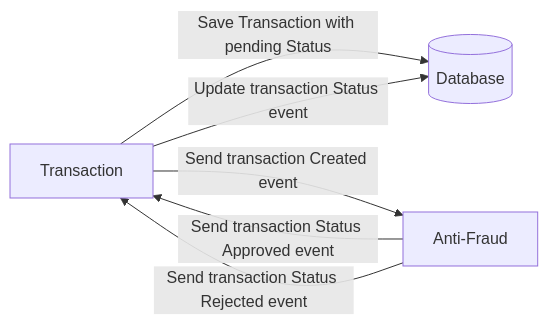
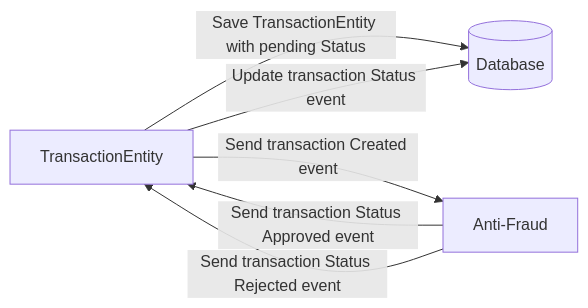
One commit to yaperos/app-nodejs-codechallenge changed the diagram in README.md. Above: the diagram before and after it, drawn with Mermaid. The commit also changed other lines of this file and 50 other files, not shown here.

````diff
--- a/README.md
+++ b/README.md
@@ -24,8 +25,8 @@
 ```mermaid
   flowchart LR
-    Transaction -- Save Transaction with pending Status --> transactionDatabase[(Database)]
-    Transaction --Send transaction Created event--> Anti-Fraud
-    Anti-Fraud -- Send transaction Status Approved event--> Transaction
-    Anti-Fraud -- Send transaction Status Rejected event--> Transaction
-    Transaction -- Update transaction Status event--> transactionDatabase[(Database)]
+    TransactionEntity -- Save TransactionEntity with pending Status --> transactionDatabase[(Database)]
+    TransactionEntity --Send transaction Created event--> Anti-Fraud
+    Anti-Fraud -- Send transaction Status Approved event--> TransactionEntity
+    Anti-Fraud -- Send transaction Status Rejected event--> TransactionEntity
+    TransactionEntity -- Update transaction Status event--> transactionDatabase[(Database)]
 ```
````
